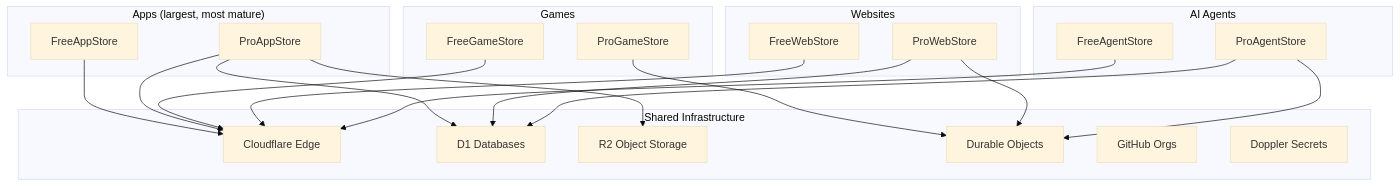
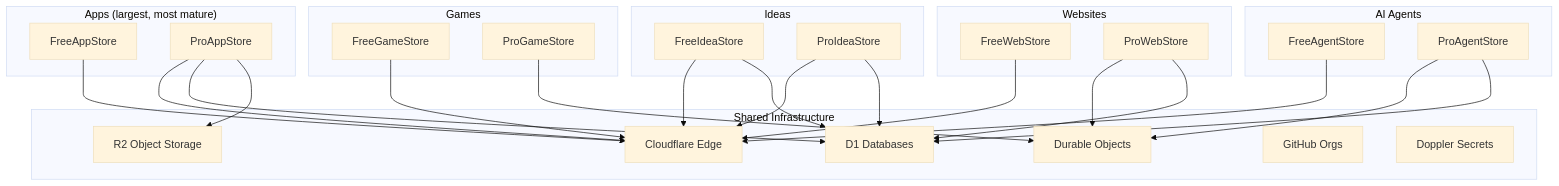
Before and after one commit to OpenFrontierOne/openfrontier-docs: the diagram in docs/ecosystem/products.md, drawn with Mermaid (base theme). The commit also changed other lines of this file and 79 other files, not shown here.

Commit message:
Document FreeIdeaStore and ProIdeaStore

````diff
--- a/docs/ecosystem/products.md
+++ b/docs/ecosystem/products.md
@@ -7,35 +7,42 @@
 ```mermaid
 graph TD
     subgraph "Shared Infrastructure"
         CF[Cloudflare Edge]
         D1[D1 Databases]
         R2[R2 Object Storage]
         DO[Durable Objects]
         GH[GitHub Orgs]
         DP[Doppler Secrets]
     end
 
     subgraph "Apps (largest, most mature)"
         FAS[FreeAppStore] --> CF
         PAS[ProAppStore] --> CF
         PAS --> D1
         PAS --> R2
     end
 
     subgraph "Games"
         FGS[FreeGameStore] --> CF
         PGS[ProGameStore] --> DO
     end
 
     subgraph "Websites"
         FWS[FreeWebStore] --> CF
         PWS[ProWebStore] --> DO
         PWS --> D1
     end
 
     subgraph "AI Agents"
         FAGS[FreeAgentStore] --> CF
         PAGS[ProAgentStore] --> DO
         PAGS --> D1
     end
+
+    subgraph "Ideas"
+        FIS[FreeIdeaStore] --> CF
+        FIS --> D1
+        PIS[ProIdeaStore] --> CF
+        PIS --> D1
+    end
 ```
````
